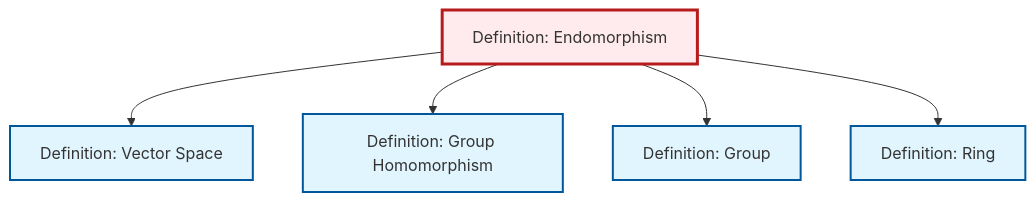
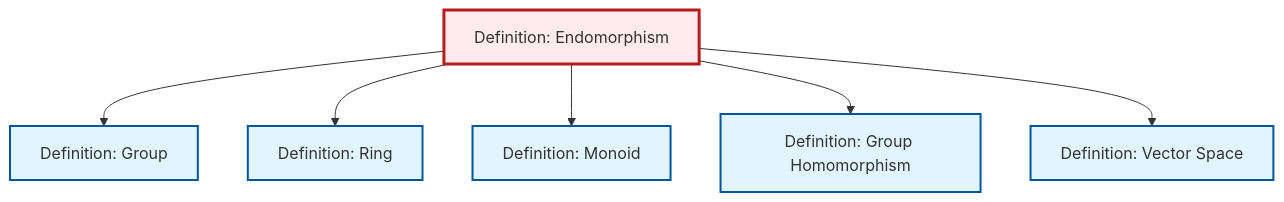
Before and after one commit to RK0429/ModernMath: the diagram in content/en/algebra/def-endomorphism.qmd, drawn with Mermaid. The commit also changed 619 other files, not shown here.

````diff
--- a/content/en/algebra/def-endomorphism.qmd
+++ b/content/en/algebra/def-endomorphism.qmd
@@ -88,23 +88,26 @@
 ```{mermaid}
 %%| fig-cap: "Local dependency graph"
 graph TD
     classDef definition fill:#e1f5fe,stroke:#01579b,stroke-width:2px
     classDef theorem fill:#f3e5f5,stroke:#4a148c,stroke-width:2px
     classDef axiom fill:#fff3e0,stroke:#e65100,stroke-width:2px
     classDef example fill:#e8f5e9,stroke:#1b5e20,stroke-width:2px
     classDef current fill:#ffebee,stroke:#b71c1c,stroke-width:3px
+    def-group["Definition: Group"]:::definition
     def-homomorphism["Definition: Group Homomorphism"]:::definition
+    def-endomorphism["Definition: Endomorphism"]:::definition
+    def-monoid["Definition: Monoid"]:::definition
+    def-ring["Definition: Ring"]:::definition
     def-vector-space["Definition: Vector Space"]:::definition
-    def-endomorphism["Definition: Endomorphism"]:::definition
-    def-ring["Definition: Ring"]:::definition
-    def-group["Definition: Group"]:::definition
-    def-endomorphism --> def-vector-space
-    def-endomorphism --> def-homomorphism
     def-endomorphism --> def-group
     def-endomorphism --> def-ring
+    def-endomorphism --> def-monoid
+    def-endomorphism --> def-homomorphism
+    def-endomorphism --> def-vector-space
     class def-endomorphism current
+    click def-group "def-group.html" "Go to Group definition"
     click def-homomorphism "def-homomorphism.html" "Go to Group Homomorphism definition"
+    click def-monoid "def-monoid.html" "Go to Monoid definition"
+    click def-ring "def-ring.html" "Go to Ring definition"
     click def-vector-space "def-vector-space.html" "Go to Vector Space definition"
-    click def-ring "def-ring.html" "Go to Ring definition"
-    click def-group "def-group.html" "Go to Group definition"
 ```
````
